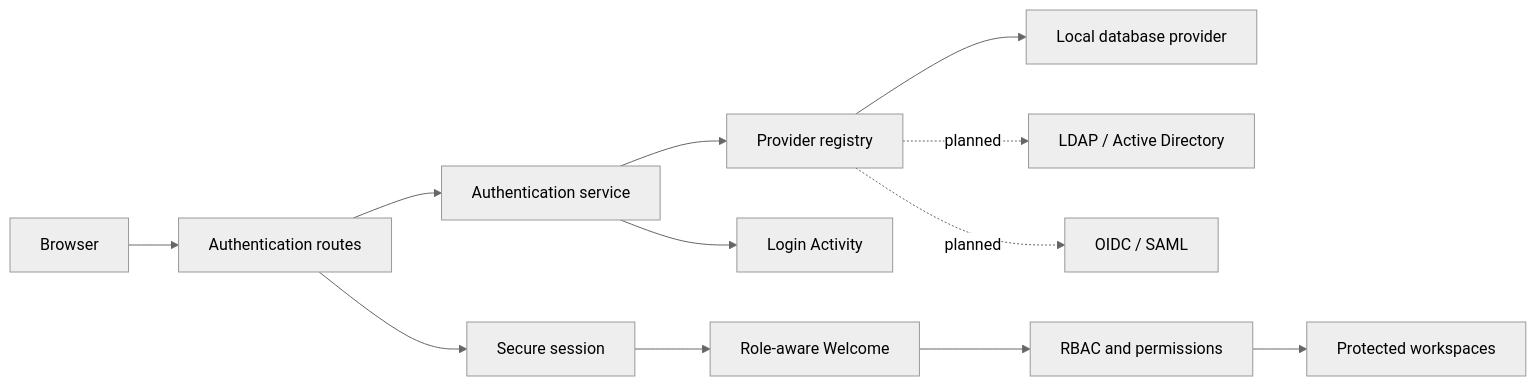
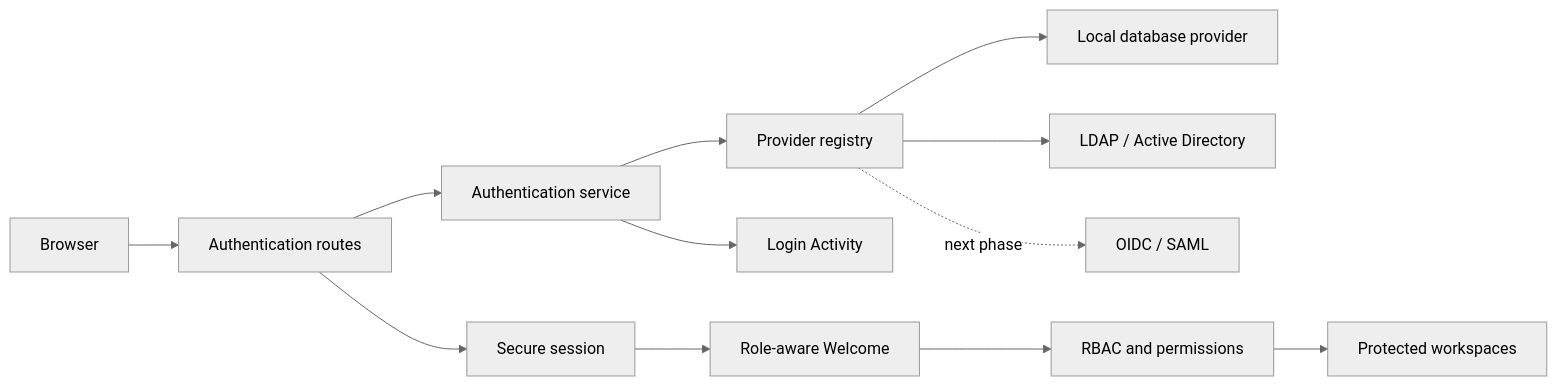
One commit to OXY7O/KAORI changed the diagram in docs/authentication/AUTHENTICATION_ARCHITECTURE.md. Above: the diagram before and after it, drawn with Mermaid (neutral theme). The commit also changed 27 other files, not shown here.

````diff
--- a/docs/authentication/AUTHENTICATION_ARCHITECTURE.md
+++ b/docs/authentication/AUTHENTICATION_ARCHITECTURE.md
@@ -9,14 +9,14 @@
 ```mermaid
 flowchart LR
     Browser --> AuthRoutes[Authentication routes]
     AuthRoutes --> AuthService[Authentication service]
     AuthService --> Registry[Provider registry]
     Registry --> LocalDB[Local database provider]
-    Registry -. planned .-> LDAP[LDAP / Active Directory]
-    Registry -. planned .-> SSO[OIDC / SAML]
+    Registry --> LDAP[LDAP / Active Directory]
+    Registry -. next phase .-> SSO[OIDC / SAML]
     AuthService --> LoginAudit[Login Activity]
     AuthRoutes --> Session[Secure session]
     Session --> Welcome[Role-aware Welcome]
     Welcome --> RBAC[RBAC and permissions]
     RBAC --> Workspaces[Protected workspaces]
 ```
````
